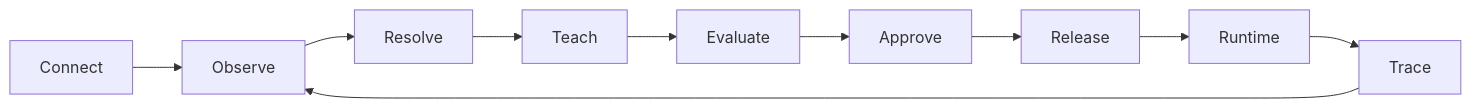
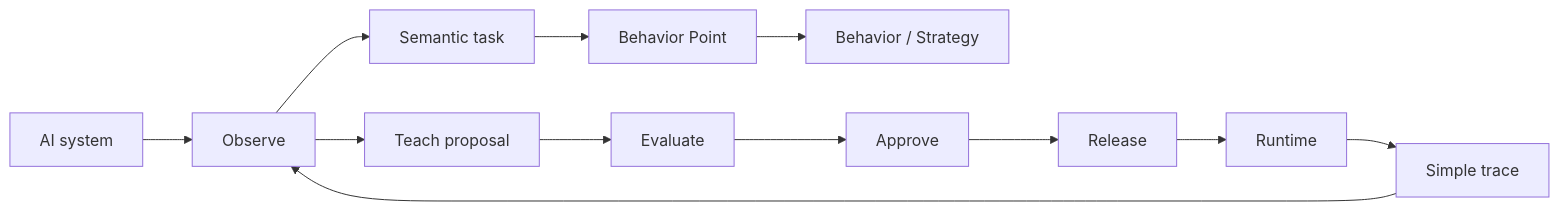
Before and after one commit to hrpering/tryvira: the first of 2 diagrams in README.md, drawn with Mermaid. The commit also changed other lines of this file and 15 other files, not shown here.

````diff
--- a/README.md
+++ b/README.md
@@ -13,12 +44,14 @@
 ```mermaid
 flowchart LR
-    A[Connect] --> B[Observe]
-    B --> C[Resolve]
-    C --> D[Teach]
-    D --> E[Evaluate]
-    E --> F[Approve]
-    F --> G[Release]
-    G --> H[Runtime]
-    H --> I[Trace]
-    I --> B
+    A["AI system"] --> B["Observe"]
+    B --> C["Semantic task"]
+    C --> D["Behavior Point"]
+    D --> E["Behavior / Strategy"]
+    B --> F["Teach proposal"]
+    F --> G["Evaluate"]
+    G --> H["Approve"]
+    H --> I["Release"]
+    I --> J["Runtime"]
+    J --> K["Simple trace"]
+    K --> B
 ```
````
